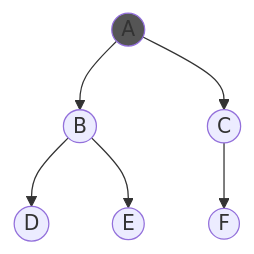
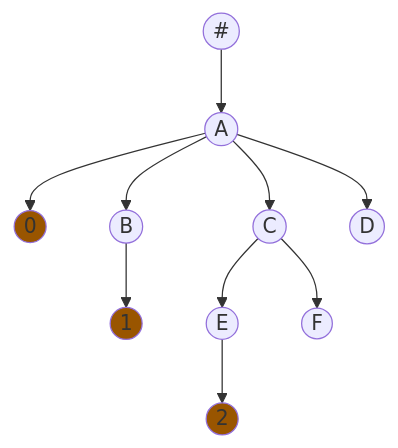
The first of 2 diagrams in README.md (j-piasecki/methodical-js), drawn with Mermaid before and after one commit. The commit also changed other lines of this file, not shown here.

````diff
--- a/README.md
+++ b/README.md
@@ -124,17 +168,27 @@
 ```mermaid
 graph TD
-    A((A))
-    B((B))
-    C((C))
-    D((D))
-    E((E))
-    F((F))
+  #((#))
+  A((A))
+  B((B))
+  C((C))
+  D((D))
+  E((E))
+  F((F))
+  0((0))
+  1((1))
+  2((2))
 
-    A --> B
-    A --> C
-    B --> D
-    B --> E
-    C --> F
+  # --> A
+  A --> 0
+  A --> B
+  A --> C
+  A --> D
+  B --> 1
+  C --> E
+  C --> F
+  E --> 2
 
-    style A fill:#555
+  style 0 fill:#950
+  style 1 fill:#950
+  style 2 fill:#950
 ```
````
